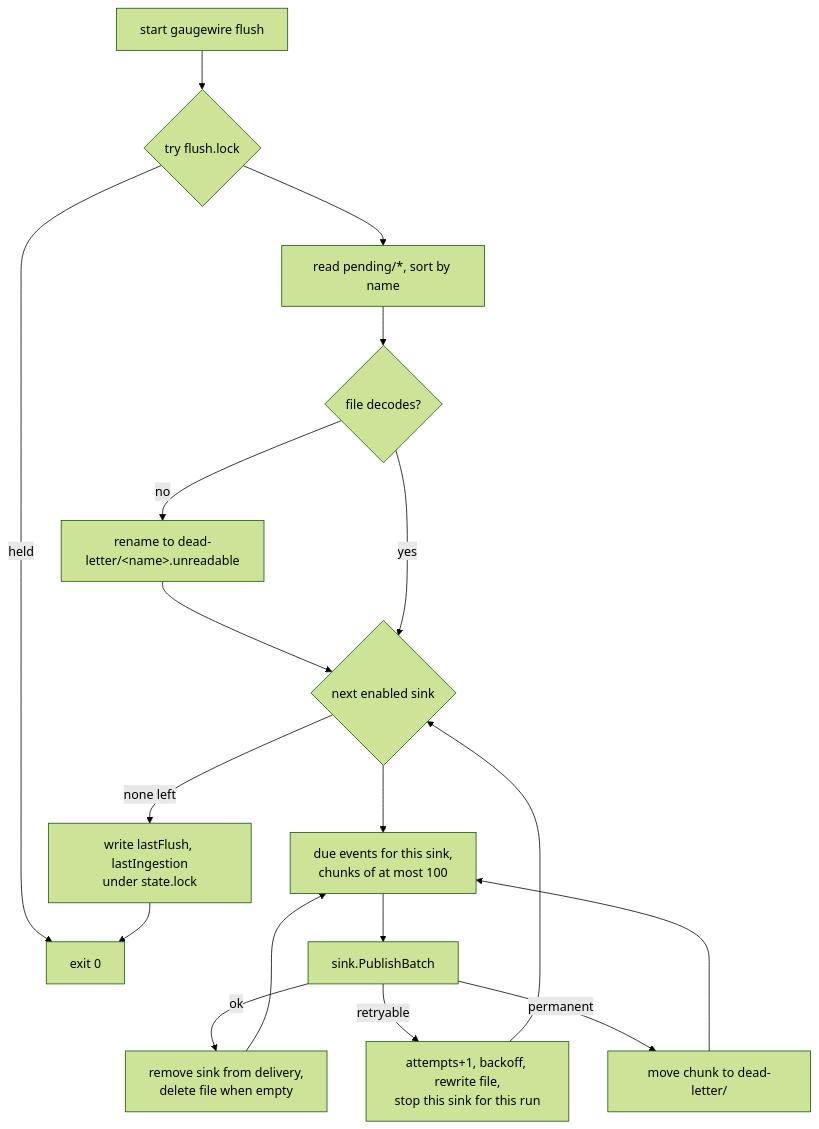
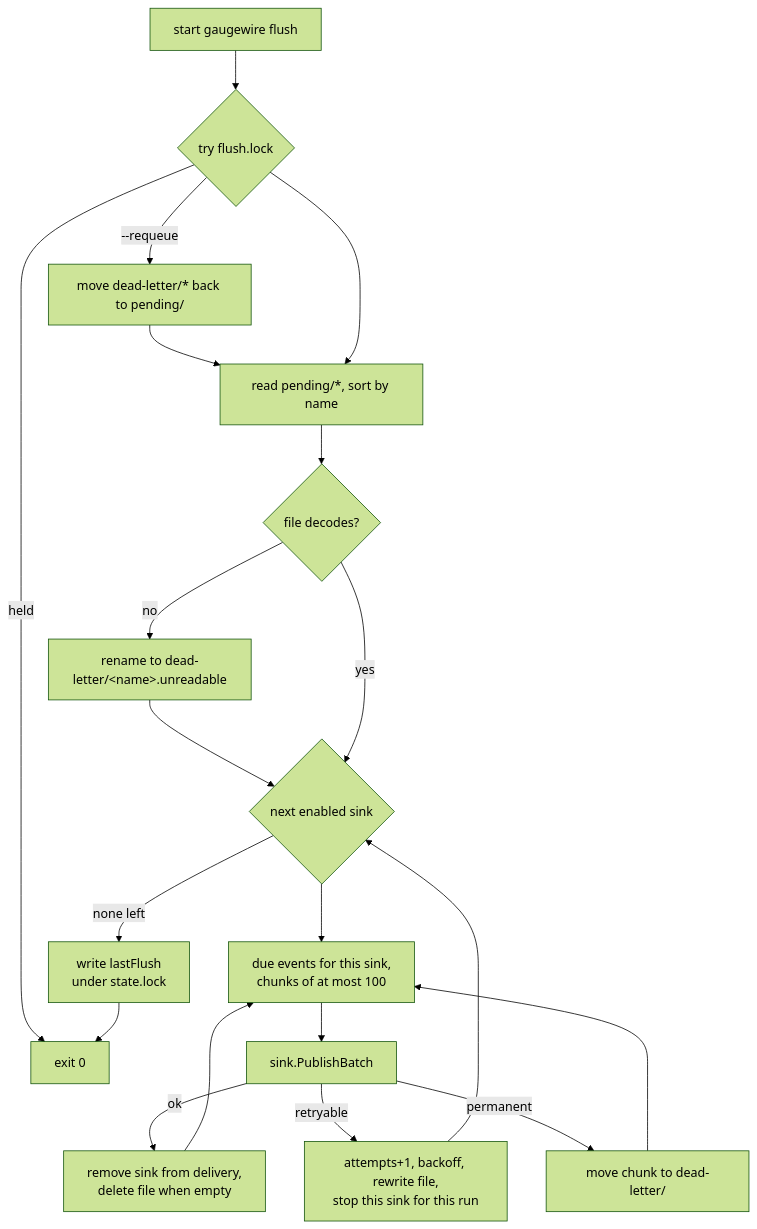
Before and after one commit to sulcer/gaugewire: the diagram in docs/spec/gaugewire/spool-and-flush.md, drawn with Mermaid (forest theme). The commit also changed other lines of this file and 4 other files, not shown here.

````diff
--- a/docs/spec/gaugewire/spool-and-flush.md
+++ b/docs/spec/gaugewire/spool-and-flush.md
@@ -15,16 +15,17 @@
 ```mermaid
 flowchart TD
     S[start gaugewire flush] --> L{try flush.lock}
     L -->|held| X[exit 0]
+    L -->|"--requeue"| RQ["move dead-letter/* back to pending/"] --> R
     L --> R[read pending/*, sort by name]
     R --> U{"file decodes?"}
     U -->|no| Q["rename to dead-letter/&lt;name&gt;.unreadable"] --> K
     U -->|yes| K
     K{next enabled sink}
-    K -->|none left| W["write lastFlush, lastIngestion<br/>under state.lock"] --> X
+    K -->|none left| W["write lastFlush<br/>under state.lock"] --> X
     K --> D["due events for this sink,<br/>chunks of at most 100"]
     D --> P[sink.PublishBatch]
     P -->|ok| A["remove sink from delivery,<br/>delete file when empty"] --> D
     P -->|retryable| B["attempts+1, backoff, rewrite file,<br/>stop this sink for this run"] --> K
     P -->|permanent| M[move chunk to dead-letter/] --> D
 ```
````
